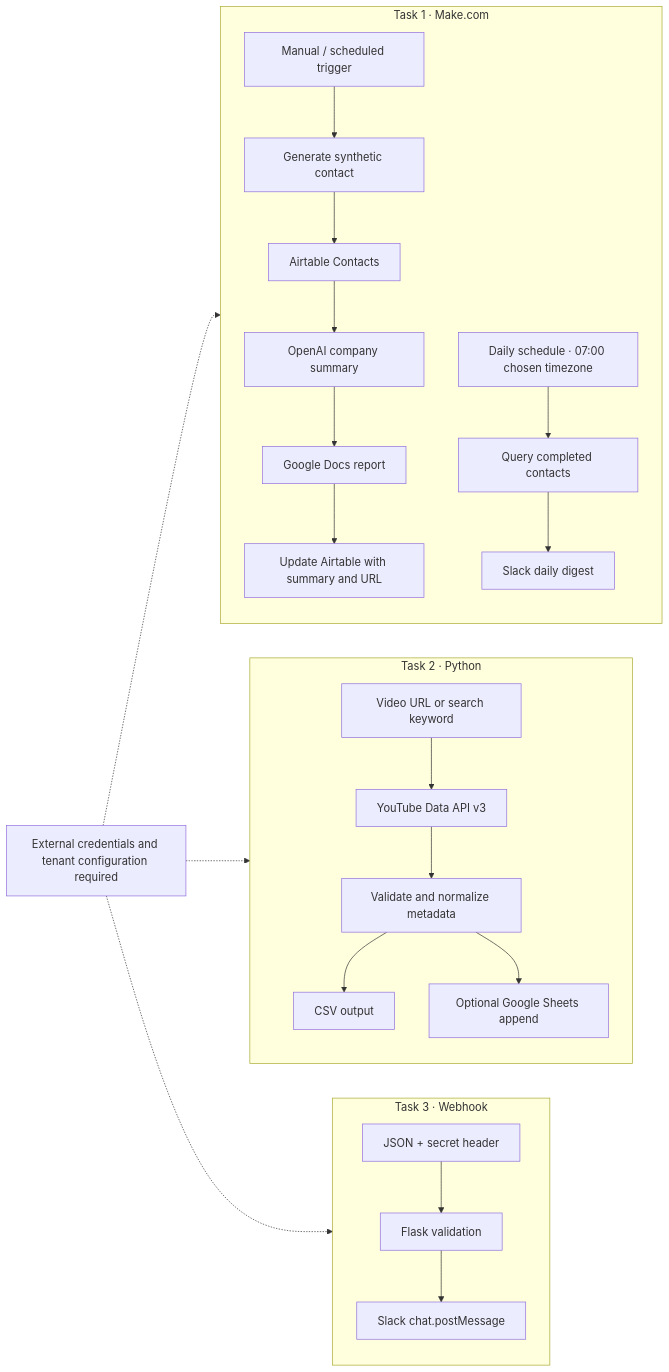
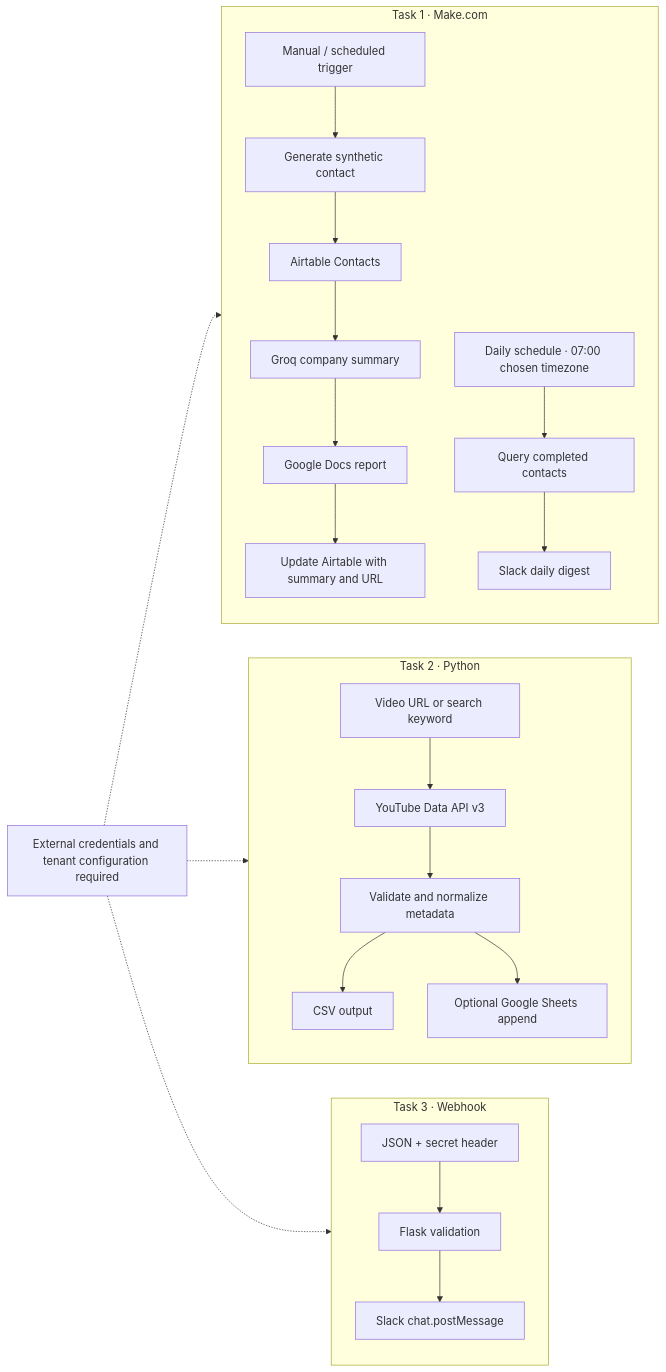
The diagram in docs/architecture.mmd (RonitRB/opslabs-developer-assessment), drawn with Mermaid before and after one commit. The commit also changed 8 other files, not shown here.

```diff
--- a/docs/architecture.mmd
+++ b/docs/architecture.mmd
@@ -1,23 +1,23 @@
 flowchart LR
   subgraph T1[Task 1 · Make.com]
     S[Manual / scheduled trigger] --> C[Generate synthetic contact]
     C --> A[Airtable Contacts]
-    A --> O[OpenAI company summary]
+    A --> O[Groq company summary]
     O --> D[Google Docs report]
     D --> AU[Update Airtable with summary and URL]
     DS[Daily schedule · 07:00 chosen timezone] --> Q[Query completed contacts]
     Q --> SR[Slack daily digest]
   end
   subgraph T2[Task 2 · Python]
     I[Video URL or search keyword] --> Y[YouTube Data API v3]
     Y --> N[Validate and normalize metadata]
     N --> CSV[CSV output]
     N --> GS[Optional Google Sheets append]
   end
   subgraph T3[Task 3 · Webhook]
     W[JSON + secret header] --> V[Flask validation]
     V --> SL[Slack chat.postMessage]
   end
   NOTE[External credentials and tenant configuration required] -.-> T1
   NOTE -.-> T2
   NOTE -.-> T3
```
